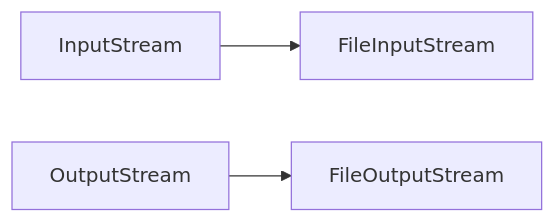
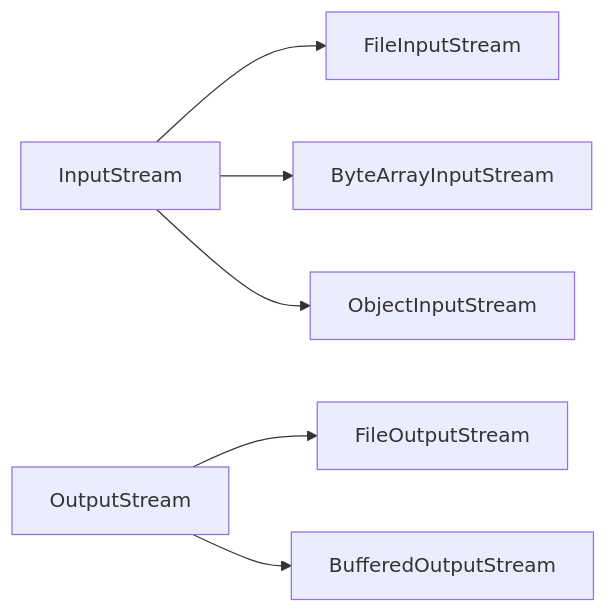
Before and after one commit to yjkim2015/yjkim2015.github.io: the third of 8 diagrams in _posts/java/2026-05-01-java-io.md, drawn with Mermaid. The commit also changed other lines of this file and 4 other files, not shown here.

````diff
--- a/_posts/java/2026-05-01-java-io.md
+++ b/_posts/java/2026-05-01-java-io.md
@@ -50,5 +54,8 @@
 ```mermaid
 graph LR
     IS["InputStream"] --> FIS["FileInputStream"]
+    IS --> BIS["ByteArrayInputStream"]
+    IS --> OIS["ObjectInputStream"]
     OS["OutputStream"] --> FOS["FileOutputStream"]
+    OS --> BOS["BufferedOutputStream"]
 ```
````
